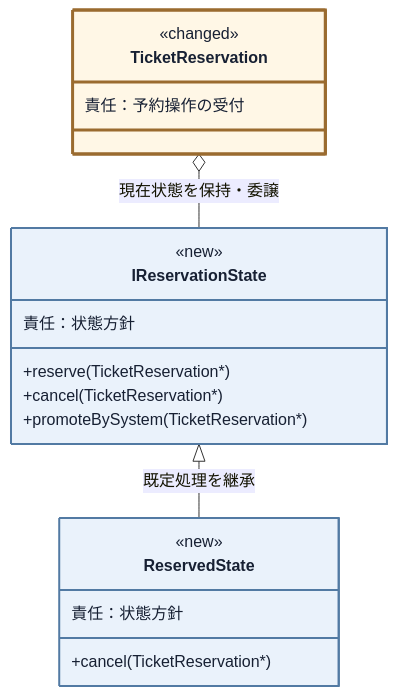
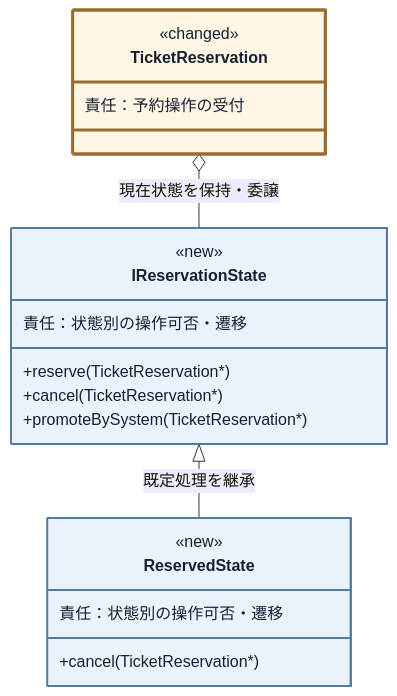
Before and after one commit to kumachan1101-pixel/DesignPattern: diagram 14 of 24 in kindle/design-patterns/books/volume01-core-patterns/output/04-chapter02.md, drawn with Mermaid. The commit also changed other lines of this file and 17 other files, not shown here.

````diff
--- a/kindle/design-patterns/books/volume01-core-patterns/output/04-chapter02.md
+++ b/kindle/design-patterns/books/volume01-core-patterns/output/04-chapter02.md
@@ -1532,25 +1624,25 @@
 ```mermaid
 classDiagram
     direction TB
     class TicketReservation:::touched {
         <<changed>>
         責任：予約操作の受付
     }
     class IReservationState:::added {
         <<new>>
-        責任：状態方針
+        責任：状態別の操作可否・遷移
         +reserve(TicketReservation*)
         +cancel(TicketReservation*)
         +promoteBySystem(TicketReservation*)
     }
     class ReservedState:::added {
         <<new>>
-        責任：状態方針
+        責任：状態別の操作可否・遷移
         +cancel(TicketReservation*)
     }
     TicketReservation o-- IReservationState : 現在状態を保持・委譲
     IReservationState <|-- ReservedState : 既定処理を継承
 
     classDef added fill:#eaf2fb,stroke:#527aa3,stroke-width:2px,color:#172033;
     classDef touched fill:#fff7e6,stroke:#9a6b2f,stroke-width:3px,color:#172033;
 ```
````
